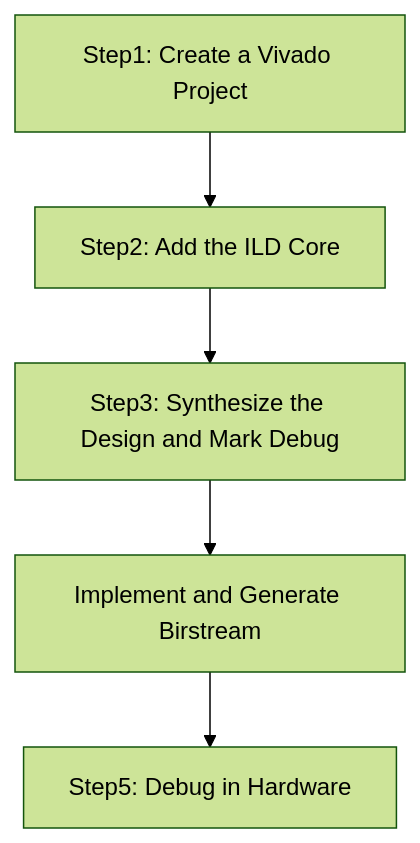
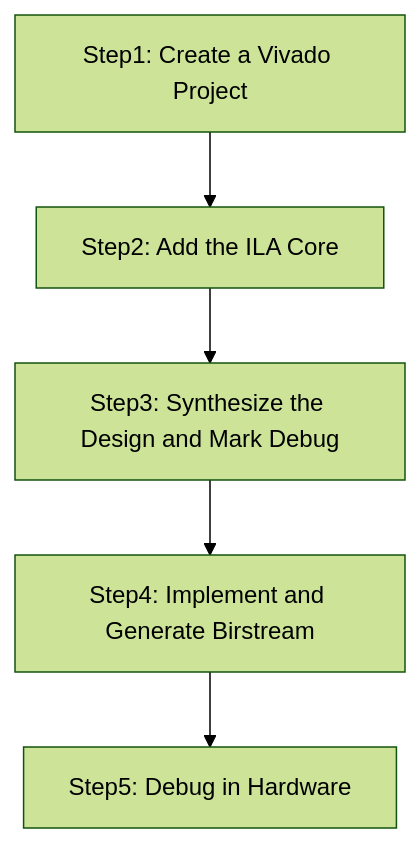
The diagram in lab6.md (parimalp/FPGA-Design-Flow-using-Vivado), drawn with Mermaid (forest theme) before and after one commit. The commit also changed other lines of this file and 8 other files, not shown here.

````diff
--- a/lab6.md
+++ b/lab6.md
@@ -48,4 +52,4 @@
 ```mermaid
 flowchart TD
-1:[Step1: Create a Vivado Project] --> 2:[Step2: Add the ILD Core] --> 3:[Step3: Synthesize the Design and Mark Debug] --> 4:[Implement and Generate Birstream] -->5:[Step5: Debug in Hardware]
+1:[Step1: Create a Vivado Project] --> 2:[Step2: Add the ILA Core] --> 3:[Step3: Synthesize the Design and Mark Debug] --> 4:[Step4: Implement and Generate Birstream] -->5:[Step5: Debug in Hardware]
 ```
````
